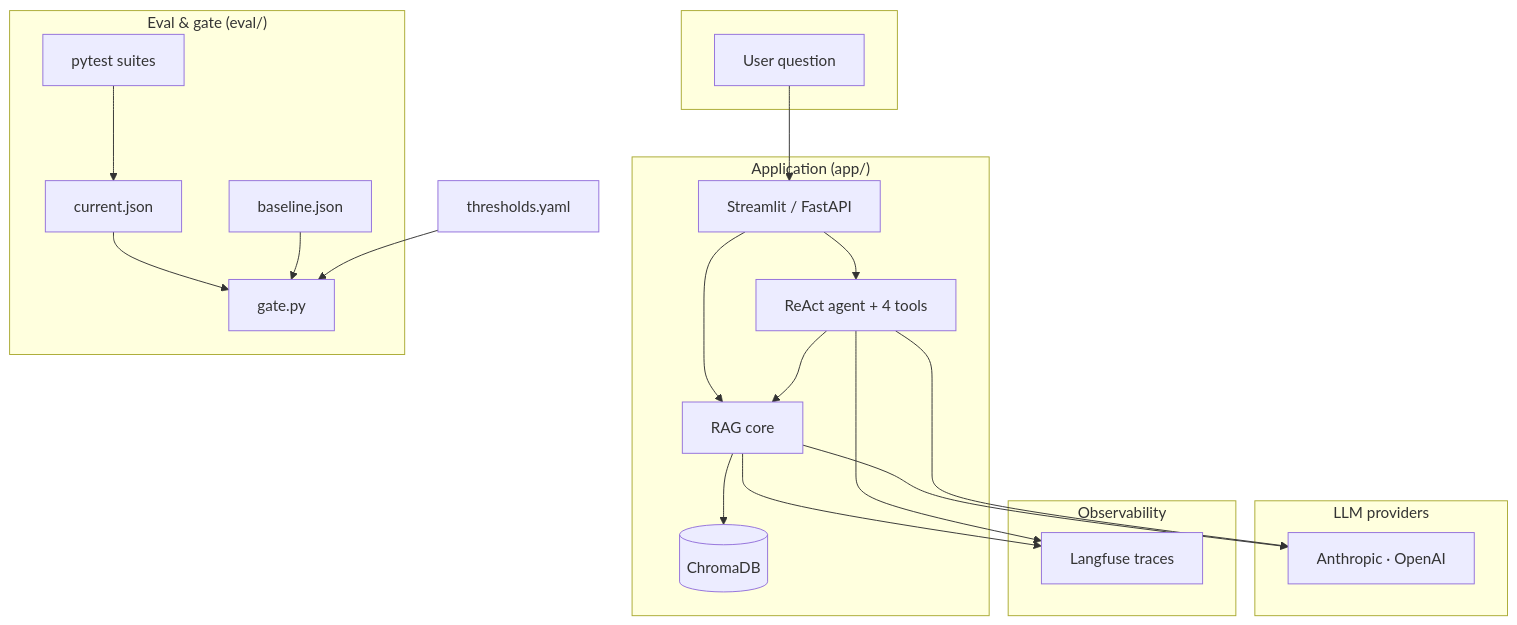
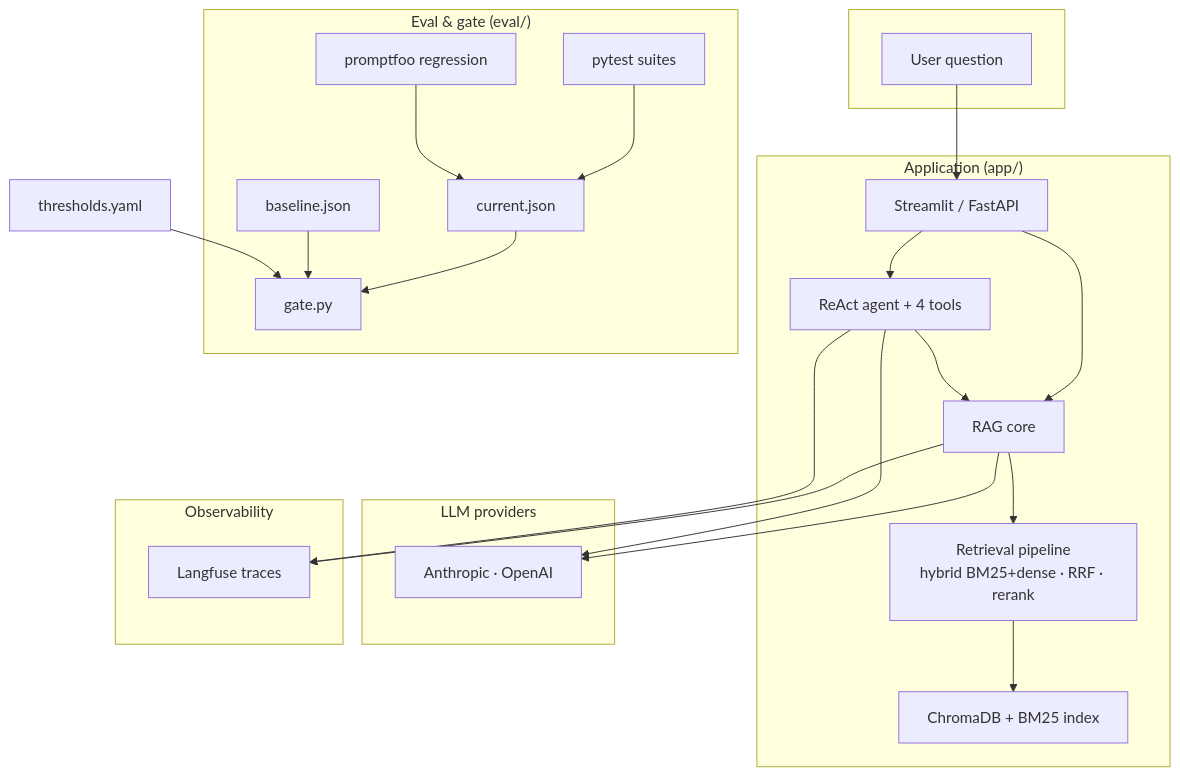
One commit to hemantjanrao/ai-compliance-qa-lab changed the first of 4 diagrams in README.md. Above: the diagram before and after it, drawn with Mermaid. The commit also changed other lines of this file and 10 other files, not shown here.

````diff
--- a/README.md
+++ b/README.md
@@ -9,42 +9,46 @@
 ```mermaid
 flowchart TB
   subgraph User[" "]
     Q[User question]
   end
 
   subgraph App["Application (app/)"]
     UI[Streamlit / FastAPI]
     RAG[RAG core]
+    Ret["Retrieval pipeline\nhybrid BM25+dense · RRF · rerank"]
     Agent[ReAct agent + 4 tools]
-    Chroma[(ChromaDB)]
+    Store["ChromaDB + BM25 index"]
   end
 
   subgraph Providers["LLM providers"]
     LLM[Anthropic · OpenAI]
   end
 
   subgraph Obs["Observability"]
     LF[Langfuse traces]
   end
 
   subgraph QA["Eval & gate (eval/)"]
     Tests[pytest suites]
+    PF[promptfoo regression]
     Current[current.json]
     Gate[gate.py]
     Baseline[baseline.json]
   end
 
   Q --> UI
   UI --> RAG
   UI --> Agent
-  RAG --> Chroma
+  RAG --> Ret
+  Ret --> Store
   Agent --> RAG
   RAG --> LLM
   Agent --> LLM
   RAG --> LF
   Agent --> LF
   Tests --> Current
+  PF --> Current
   Current --> Gate
   Baseline --> Gate
   Thresholds[thresholds.yaml] --> Gate
 ```
````
